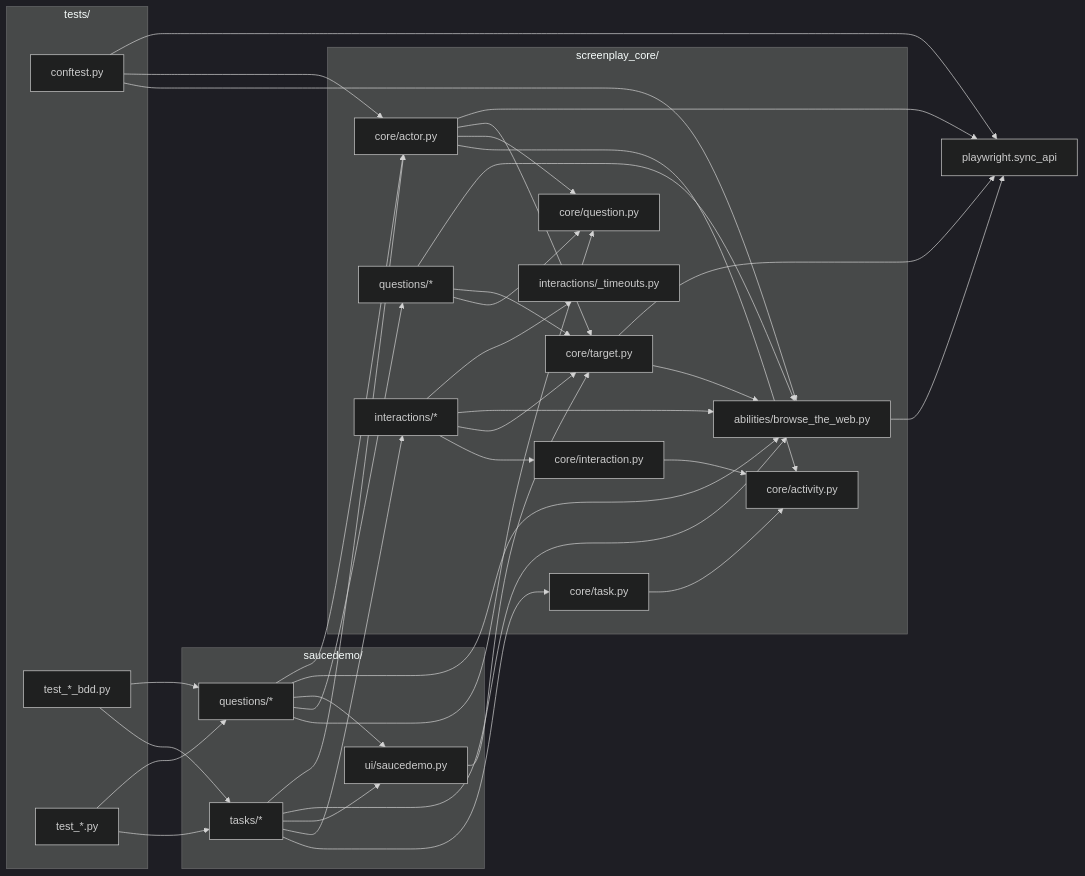
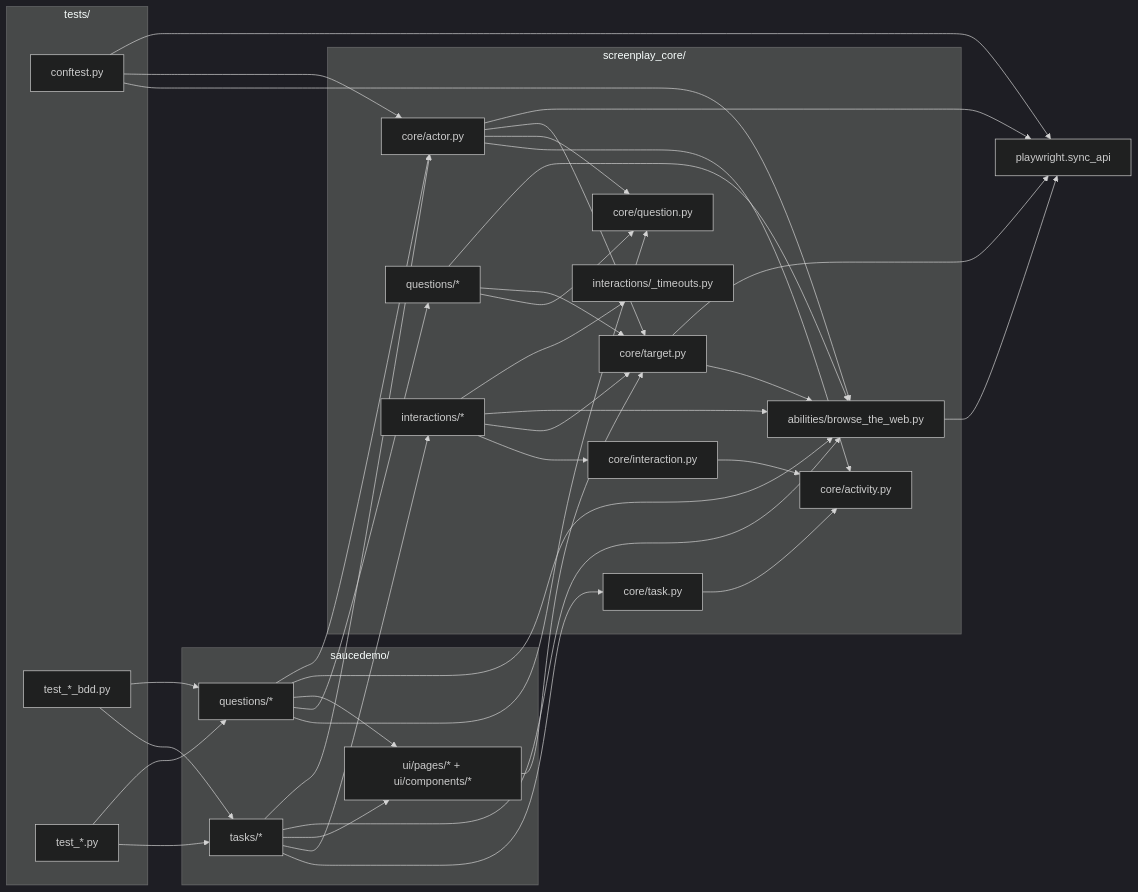
Before and after one commit to stansiris/playwright-pytest-screenplay-framework: the third of 5 diagrams in docs/architecture.md, drawn with Mermaid (dark theme). The commit also changed other lines of this file and 43 other files, not shown here.

````diff
--- a/docs/architecture.md
+++ b/docs/architecture.md
@@ -125,68 +126,68 @@
 ```mermaid
 flowchart LR
   subgraph Tests["tests/"]
     TCONF[conftest.py]
     TBDD[test_*_bdd.py]
     TPY[test_*.py]
   end
 
   subgraph Sauce["saucedemo/"]
     STASK[tasks/*]
     SQUEST[questions/*]
-    SUI[ui/saucedemo.py]
+    SUI[ui/pages/* + ui/components/*]
   end
 
   subgraph Core["screenplay_core/"]
     CACT[core/activity.py]
     CACTOR[core/actor.py]
     CTASK[core/task.py]
     CINTER[core/interaction.py]
     CQUEST[core/question.py]
     CTARGET[core/target.py]
     CABIL[abilities/browse_the_web.py]
     CINT[interactions/*]
     CQUE[questions/*]
     CTIME[interactions/_timeouts.py]
   end
 
   PWSYNC[playwright.sync_api]
 
   TBDD --> STASK
   TBDD --> SQUEST
   TPY --> STASK
   TPY --> SQUEST
   TCONF --> CABIL
   TCONF --> CACTOR
   TCONF --> PWSYNC
 
   STASK --> CTASK
   STASK --> CINT
   STASK --> SUI
   STASK --> CABIL
   STASK --> CACTOR
 
   SQUEST --> CQUEST
   SQUEST --> CQUE
   SQUEST --> SUI
   SQUEST --> CABIL
   SQUEST --> CACTOR
 
   SUI --> CTARGET
 
   CTASK --> CACT
   CINTER --> CACT
   CACTOR --> CACT
   CACTOR --> CQUEST
   CACTOR --> CTARGET
   CACTOR --> PWSYNC
   CTARGET --> CABIL
   CTARGET --> PWSYNC
   CINT --> CINTER
   CINT --> CTARGET
   CINT --> CABIL
   CINT --> CTIME
   CQUE --> CQUEST
   CQUE --> CTARGET
   CQUE --> CABIL
   CABIL --> PWSYNC
 ```
````
